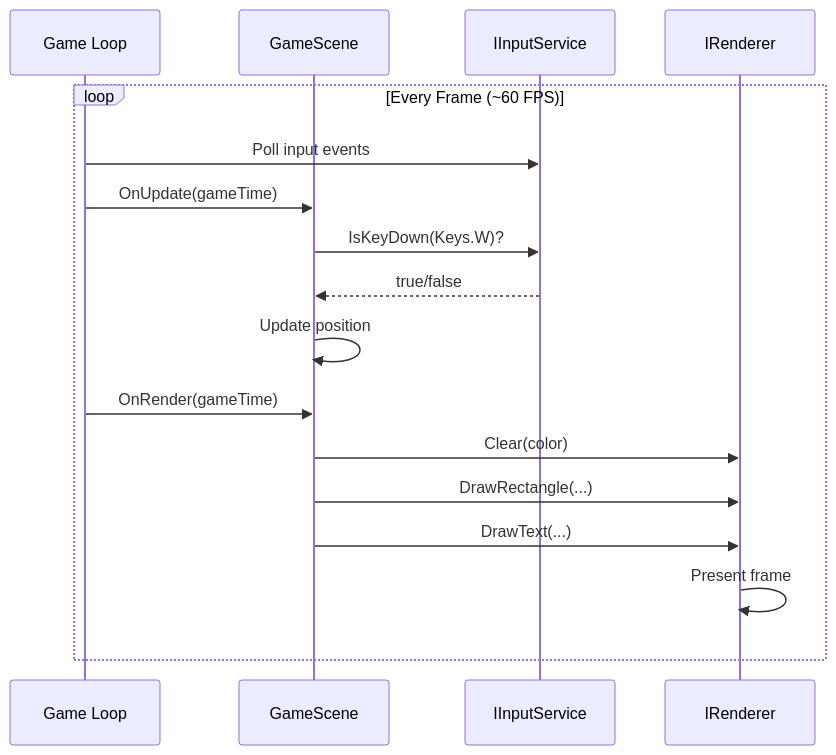
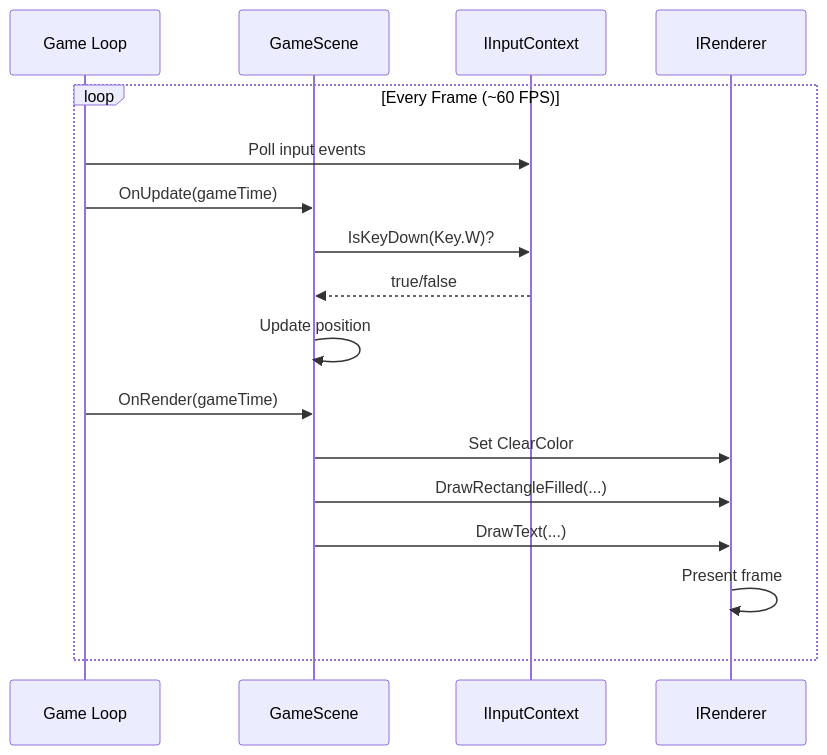
Before and after one commit to CrazyPickleStudios/Brine2D-Documentation: the diagram in docs/getting-started/quickstart.md, drawn with Mermaid. The commit also changed other lines of this file and 8 other files, not shown here.

````diff
--- a/docs/getting-started/quickstart.md
+++ b/docs/getting-started/quickstart.md
@@ -304,21 +313,21 @@
-```mermaid
+~~~mermaid
 sequenceDiagram
     participant Game as Game Loop
     participant Scene as GameScene
-    participant Input as IInputService
+    participant Input as IInputContext
     participant Renderer as IRenderer
     
     loop Every Frame (~60 FPS)
         Game->>Input: Poll input events
         Game->>Scene: OnUpdate(gameTime)
-        Scene->>Input: IsKeyDown(Keys.W)?
+        Scene->>Input: IsKeyDown(Key.W)?
         Input-->>Scene: true/false
         Scene->>Scene: Update position
         
         Game->>Scene: OnRender(gameTime)
-        Scene->>Renderer: Clear(color)
-        Scene->>Renderer: DrawRectangle(...)
+        Scene->>Renderer: Set ClearColor
+        Scene->>Renderer: DrawRectangleFilled(...)
         Scene->>Renderer: DrawText(...)
         Renderer->>Renderer: Present frame
     end
-```
+~~~
````
